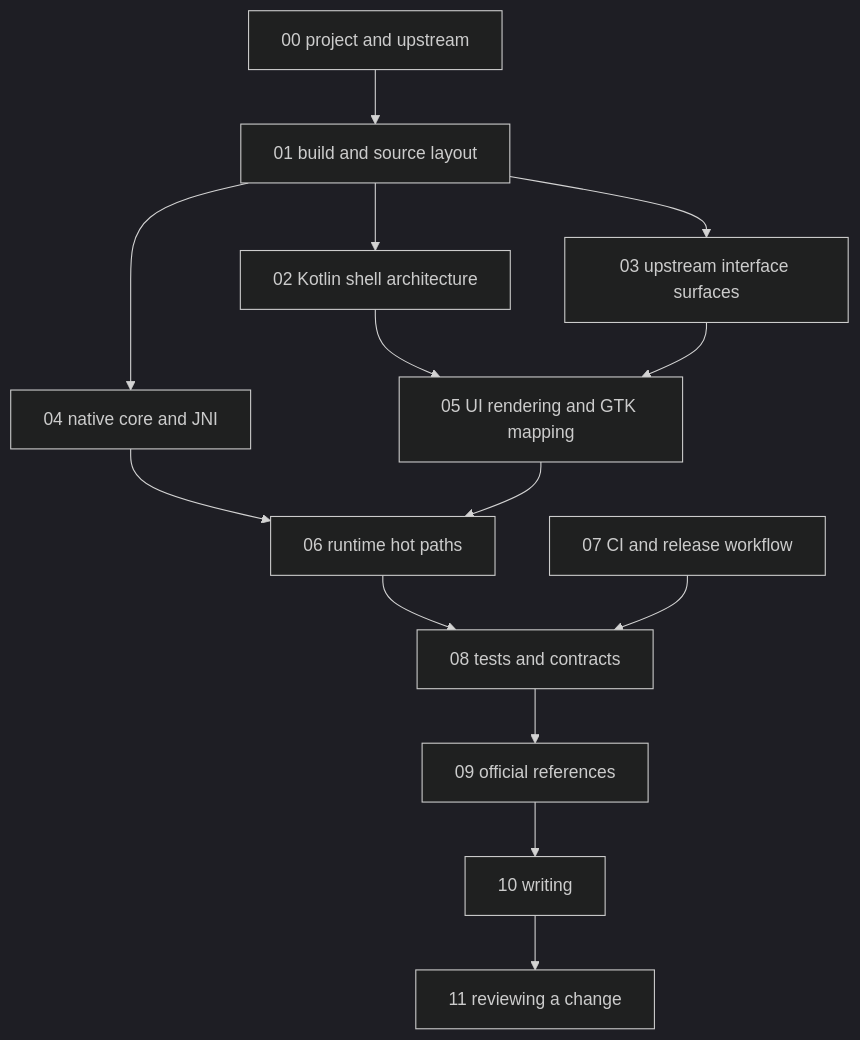
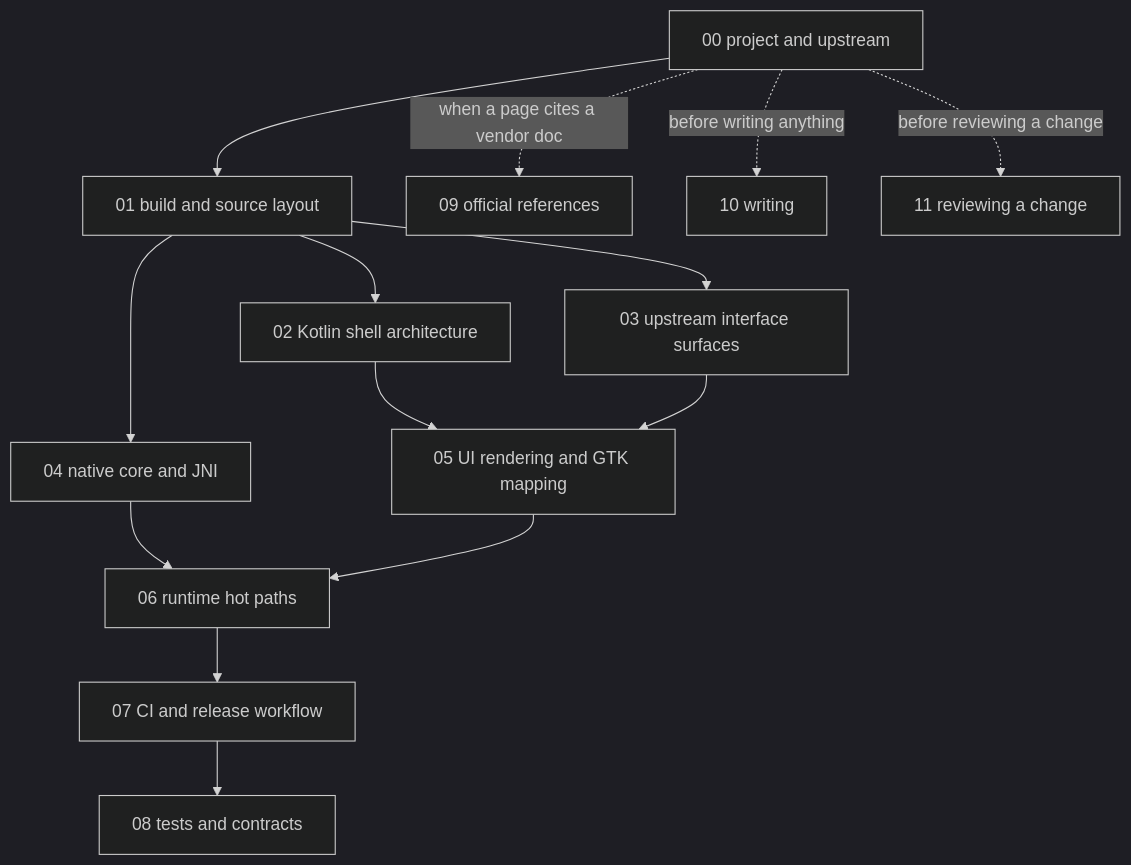
Before and after one commit to ppigazzini/r47zen: the diagram in android/docs/dev/README.md, drawn with Mermaid (dark theme). The commit also changed other lines of this file and 5 other files, not shown here.

````diff
--- a/android/docs/dev/README.md
+++ b/android/docs/dev/README.md
@@ -14,29 +17,29 @@
 ```mermaid
 flowchart TD
   A[00 project and upstream]
   B[01 build and source layout]
   C[02 Kotlin shell architecture]
   D[03 upstream interface surfaces]
   E[04 native core and JNI]
   F[05 UI rendering and GTK mapping]
   G[06 runtime hot paths]
   H[07 CI and release workflow]
   I[08 tests and contracts]
   J[09 official references]
   K[10 writing]
   L[11 reviewing a change]
 
   A --> B
   B --> C
   B --> D
   B --> E
   C --> F
   D --> F
   E --> G
   F --> G
-  G --> I
+  G --> H
   H --> I
-  I --> J
-  J --> K
-  K --> L
+  A -.->|before writing anything| K
+  A -.->|before reviewing a change| L
+  A -.->|when a page cites a vendor doc| J
 ```
````
